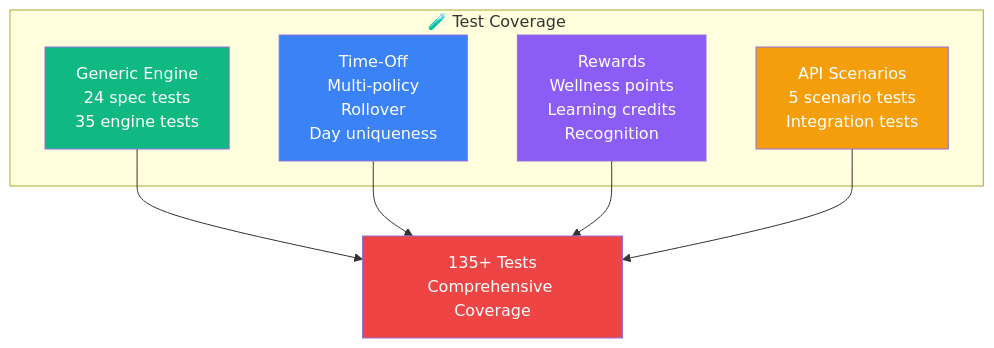
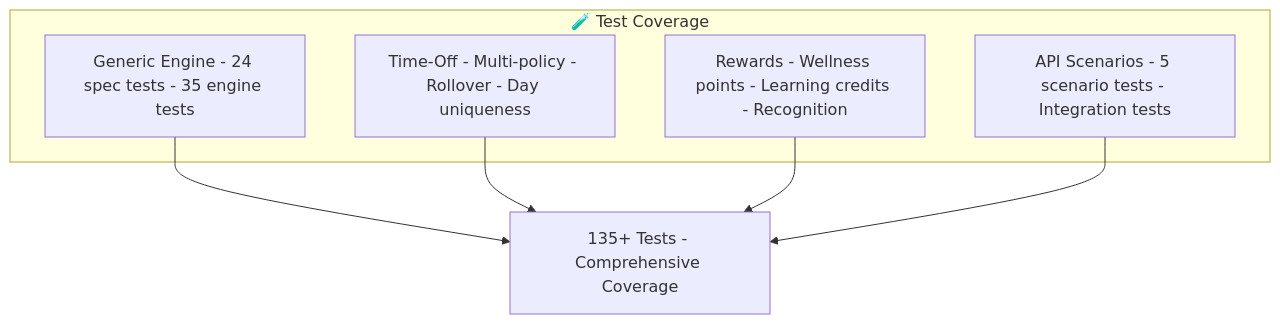
One commit to AntoineToussaint/timeoff changed diagram 16 of 22 in README.md. Above: the diagram before and after it, drawn with Mermaid. The commit also changed other lines of this file, not shown here.

First line of the commit message:
Fix Mermaid diagrams for GitHub rendering

````diff
--- a/README.md
+++ b/README.md
@@ -712,20 +676,15 @@
 ```mermaid
 graph TB
     subgraph Tests["🧪 Test Coverage"]
-        GEN[Generic Engine<br/>24 spec tests<br/>35 engine tests]
-        TO[Time-Off<br/>Multi-policy<br/>Rollover<br/>Day uniqueness]
-        RW[Rewards<br/>Wellness points<br/>Learning credits<br/>Recognition]
-        API[API Scenarios<br/>5 scenario tests<br/>Integration tests]
+        GEN[Generic Engine - 24 spec tests - 35 engine tests]
+        TO[Time-Off - Multi-policy - Rollover - Day uniqueness]
+        RW[Rewards - Wellness points - Learning credits - Recognition]
+        API[API Scenarios - 5 scenario tests - Integration tests]
     end
     
-    GEN --> COVERAGE[135+ Tests<br/>Comprehensive Coverage]
+    GEN --> COVERAGE[135+ Tests - Comprehensive Coverage]
     TO --> COVERAGE
     RW --> COVERAGE
     API --> COVERAGE
     
-    style GEN fill:#10b981,color:#fff
-    style TO fill:#3b82f6,color:#fff
-    style RW fill:#8b5cf6,color:#fff
-    style API fill:#f59e0b,color:#fff
-    style COVERAGE fill:#ef4444,color:#fff
 ```
````
